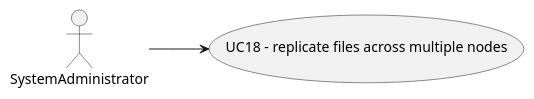
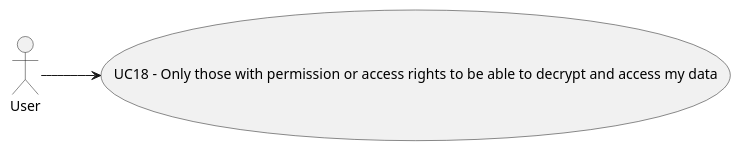
Before and after one commit to joaotorres28/ParticularProject: the diagram in docs/Global_Artifacts/Design/Level1/Uc_Folder/UC18/UC18.puml, drawn with PlantUML. The commit also changed 25 other files, not shown here.

```diff
--- a/docs/Global_Artifacts/Design/Level1/Uc_Folder/UC18/UC18.puml
+++ b/docs/Global_Artifacts/Design/Level1/Uc_Folder/UC18/UC18.puml
@@ -1,9 +1,9 @@
 @startuml
 
 left to right direction
-actor SystemAdministrator
+actor User
 
-usecase UC18 as "UC18 - replicate files across multiple nodes"
-SystemAdministrator --> UC18
+usecase UC18 as "UC18 - Only those with permission or access rights to be able to decrypt and access my data"
+User --> UC18
 
 @enduml
```
